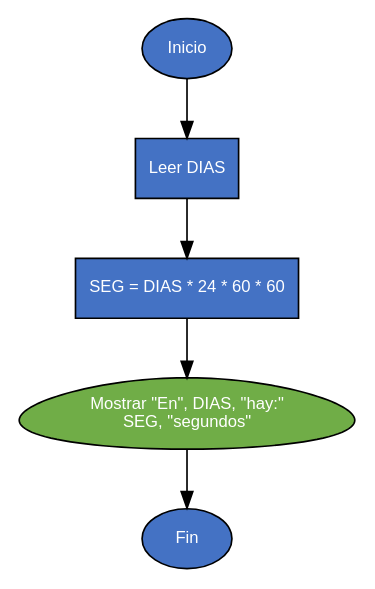
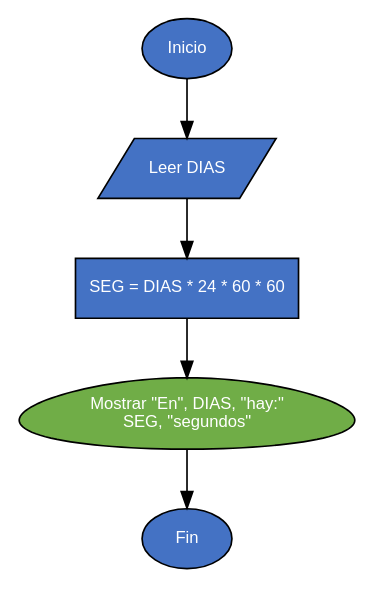
The diagram in Diagramas/problema-1-6-pag-44.dot (ISAIMCH/EjerciciosJava), drawn with Graphviz before and after one commit. The commit also changed 462 other files, not shown here.

```diff
--- a/Diagramas/problema-1-6-pag-44.dot
+++ b/Diagramas/problema-1-6-pag-44.dot
@@ -1,25 +1,25 @@
 digraph Problema_1_6_PAG_44 {
     rankdir=TB;
     node [fontname="Arial" fontsize=10];
     
     // Inicio/Fin (Óvalo - ellipse)
     inicio [shape=ellipse label="Inicio" style=filled fillcolor="#4472C4" fontcolor=white];
     
     // Entrada de datos (Rectángulos - box)
-    entrada [shape=box label="Leer DIAS" style=filled fillcolor="#4472C4" fontcolor=white];
+    entrada [shape=parallelogram label="Leer DIAS" style=filled fillcolor="#4472C4" fontcolor=white];
     
     // Proceso (Rectángulo - box)
     proc [shape=box label="SEG = DIAS * 24 * 60 * 60" style=filled fillcolor="#4472C4" fontcolor=white];
     
     // Salida de datos (Egg shape)
     salida [shape=egg label="Mostrar \"En\", DIAS, \"hay:\"\nSEG, \"segundos\"" style=filled fillcolor="#70AD47" fontcolor=white];
     
     // Fin
     fin [shape=ellipse label="Fin" style=filled fillcolor="#4472C4" fontcolor=white];
     
     // Conexiones con flechas
     inicio -> entrada;
     entrada -> proc;
     proc -> salida;
     salida -> fin;
 }
```
